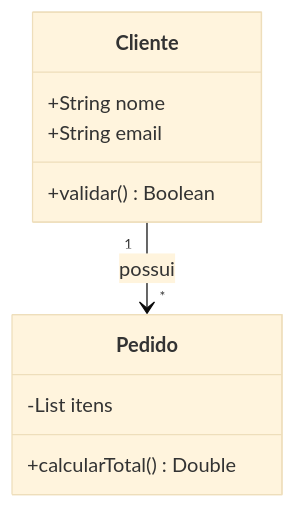
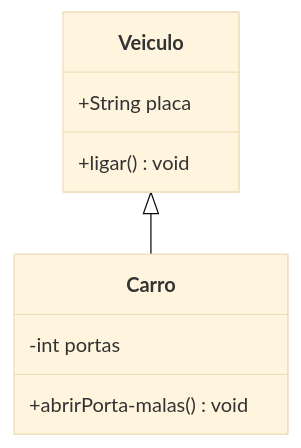
Before and after one commit to dandgabr/skills: the fourth of 29 diagrams in skills/documentation-designer/SKILL.md, drawn with Mermaid (base theme). The commit also changed other lines of this file and 3 other files, not shown here.

Commit message:
docs: update documentation-designer skill to support all Mermaid diagrams

````diff
--- a/skills/documentation-designer/SKILL.md
+++ b/skills/documentation-designer/SKILL.md
@@ -93,13 +96,12 @@
 ```mermaid
 classDiagram
-    class Cliente {
-        +String nome
-        +String email
-        +validar() Boolean
+    class Veiculo {
+        +String placa
+        +ligar() void
     }
-    class Pedido {
-        -List itens
-        +calcularTotal() Double
+    class Carro {
+        -int portas
+        +abrirPorta-malas() void
     }
-    Cliente "1" --> "*" Pedido : possui
+    Veiculo <|-- Carro
 ```
````
